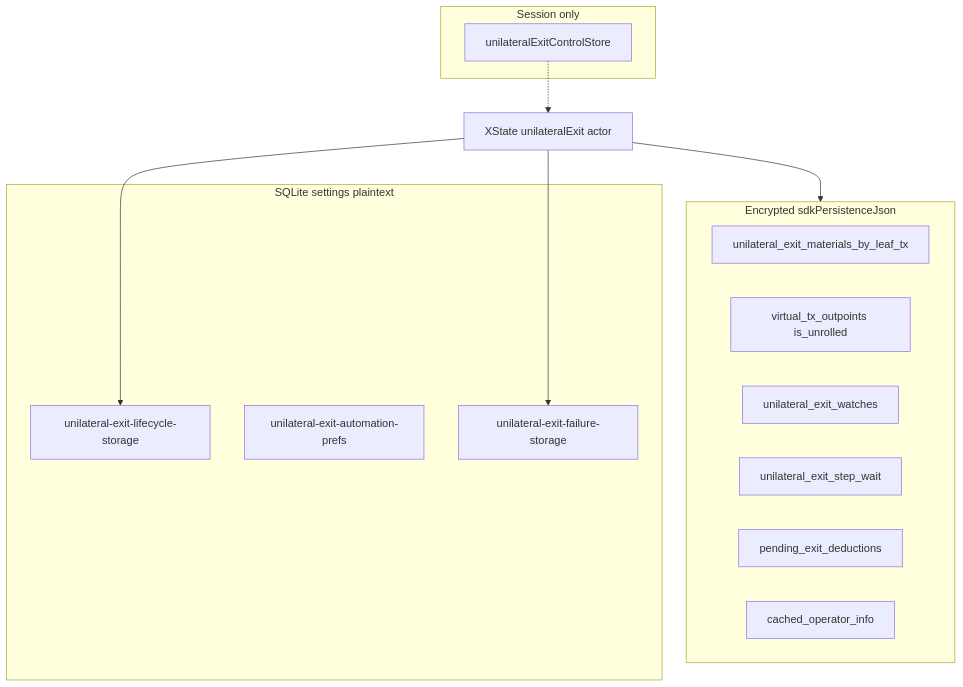
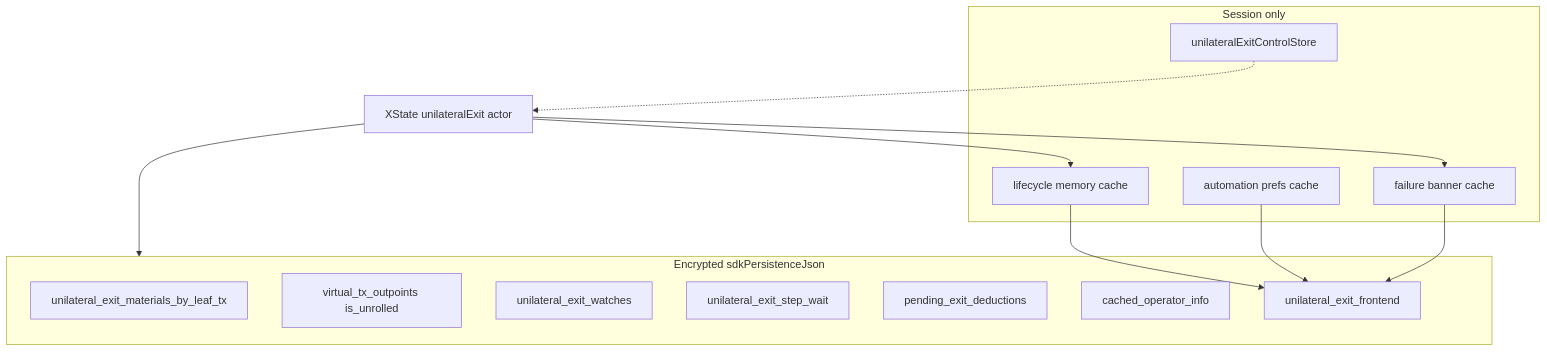
The diagram in docs/persistence/unilateral-exit.md (Radivis/bitboard-pwa-wallet), drawn with Mermaid before and after one commit. The commit also changed other lines of this file and 22 other files, not shown here.

Commit message:
Moved unilateral exit job frontend persistence from settings table into sdkPersistenceJson

````diff
--- a/docs/persistence/unilateral-exit.md
+++ b/docs/persistence/unilateral-exit.md
@@ -7,24 +7,26 @@
 ```mermaid
 flowchart TB
   subgraph wasmLayer [Encrypted sdkPersistenceJson]
     materials[unilateral_exit_materials_by_leaf_tx]
     vtxos[virtual_tx_outpoints is_unrolled]
     watches[unilateral_exit_watches]
     stepWait[unilateral_exit_step_wait]
     deductions[pending_exit_deductions]
     cachedInfo[cached_operator_info]
-  end
-  subgraph zustandLayer [SQLite settings plaintext]
-    jobStore[unilateral-exit-lifecycle-storage]
-    prefsStore[unilateral-exit-automation-prefs]
-    failureStore[unilateral-exit-failure-storage]
+    frontendBundle[unilateral_exit_frontend]
   end
   subgraph memoryOnly [Session only]
+    jobCache[lifecycle memory cache]
+    prefsCache[automation prefs cache]
+    failureCache[failure banner cache]
     controlStore[unilateralExitControlStore]
   end
   actor[XState unilateralExit actor]
-  actor --> jobStore
-  actor --> failureStore
+  actor --> jobCache
+  actor --> failureCache
   actor --> wasmLayer
+  jobCache --> frontendBundle
+  prefsCache --> frontendBundle
+  failureCache --> frontendBundle
   controlStore -.-> actor
 ```
````
